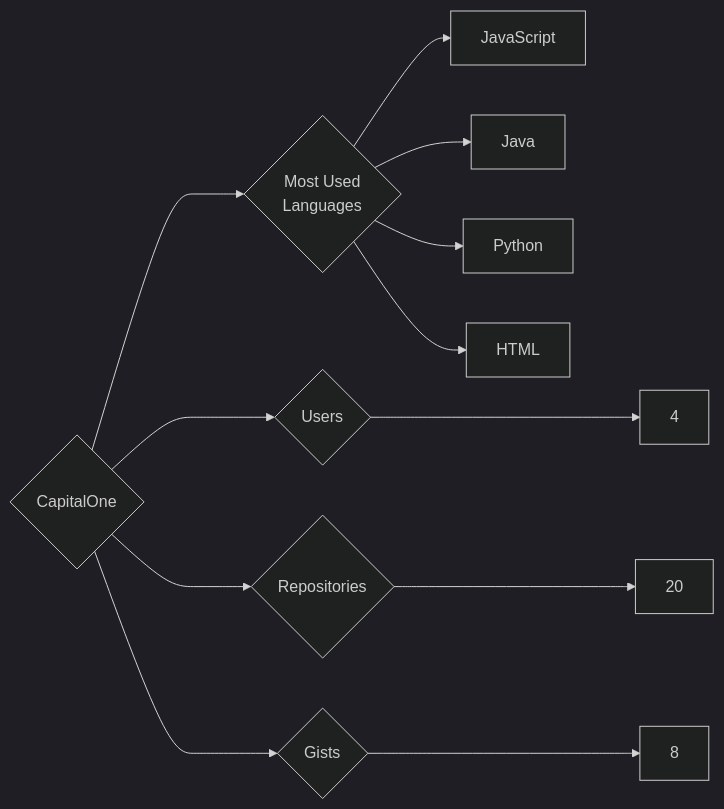
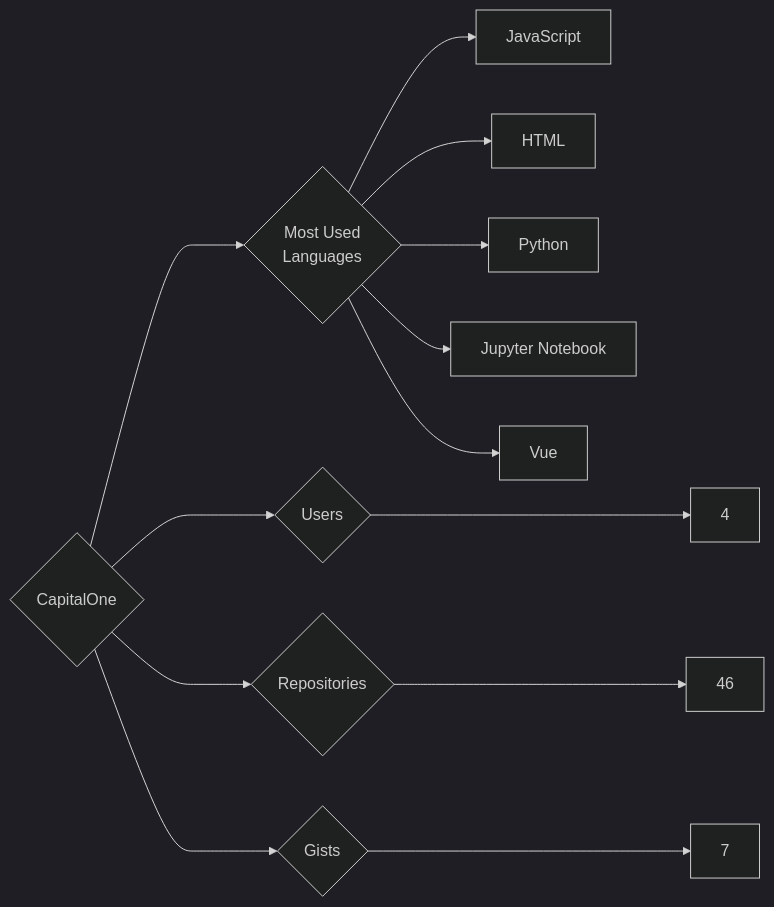
One commit to trickest/insiders changed the diagram in targets/CapitalOne/README.md. Above: the diagram before and after it, drawn with Mermaid (dark theme). The commit also changed 880 other files, not shown here.

````diff
--- a/targets/CapitalOne/README.md
+++ b/targets/CapitalOne/README.md
@@ -3,12 +3,13 @@
 ```mermaid
 graph LR
 COMPANY_NAME{CapitalOne}
 COMPANY_NAME ---> U{Users} ---> UN[4]
-COMPANY_NAME ---> R{Repositories} ---> RN[20]
-COMPANY_NAME ---> G{Gists} ---> GN[8]
+COMPANY_NAME ---> R{Repositories} ---> RN[46]
+COMPANY_NAME ---> G{Gists} ---> GN[7]
 COMPANY_NAME ---> ML{Most Used<br>Languages}
 ML --> JavaScript[JavaScript]
-ML --> Java[Java]
+ML --> HTML[HTML]
 ML --> Python[Python]
-ML --> HTML[HTML]
+ML --> Jupyter_Notebook[Jupyter Notebook]
+ML --> Vue[Vue]
 ```
````
